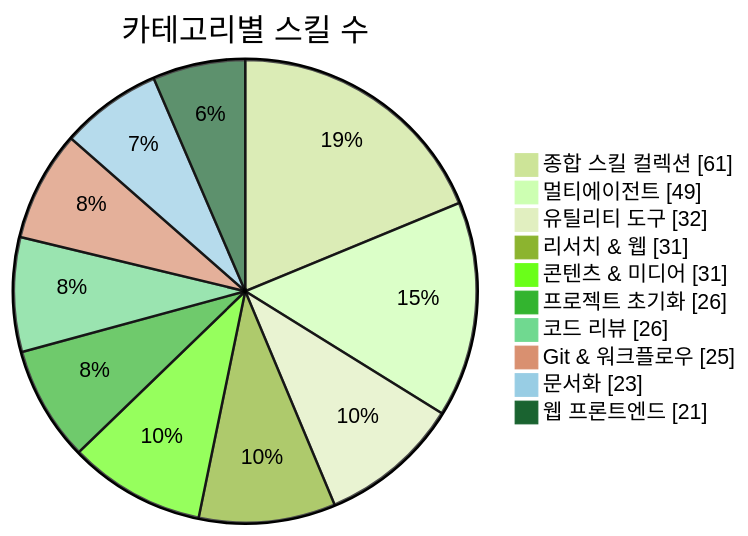
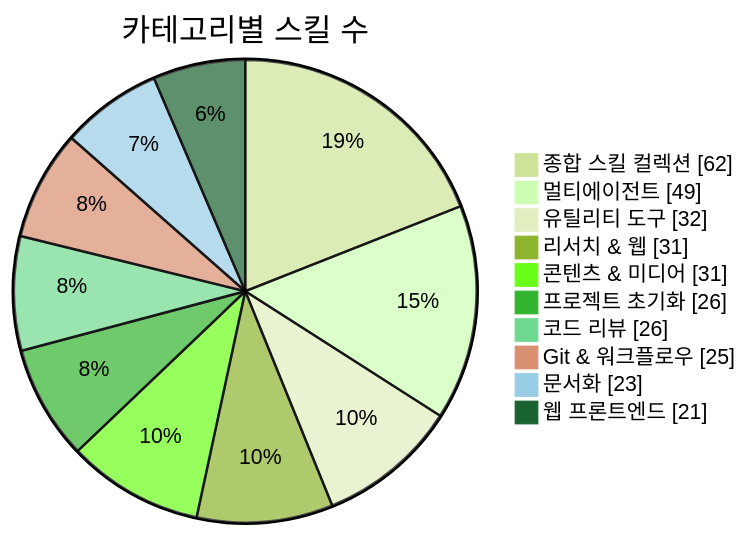
One commit to J-nowcow/awesome-korean-agent-skills changed the first of 3 diagrams in README.md. Above: the diagram before and after it, drawn with Mermaid (forest theme). The commit also changed other lines of this file and 27 other files, not shown here.

````diff
--- a/README.md
+++ b/README.md
@@ -176,14 +176,14 @@
 ```mermaid
 pie showData
     title 카테고리별 스킬 수
-    "종합 스킬 컬렉션" : 61
+    "종합 스킬 컬렉션" : 62
     "멀티에이전트" : 49
     "유틸리티 도구" : 32
     "리서치 & 웹" : 31
     "콘텐츠 & 미디어" : 31
     "프로젝트 초기화" : 26
     "코드 리뷰" : 26
     "Git & 워크플로우" : 25
     "문서화" : 23
     "웹 프론트엔드" : 21
 ```
````
